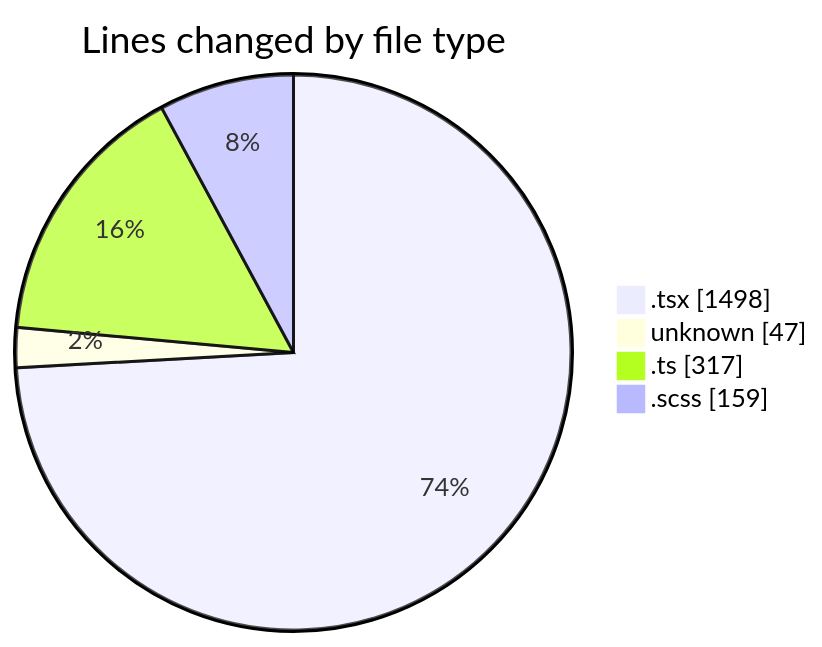
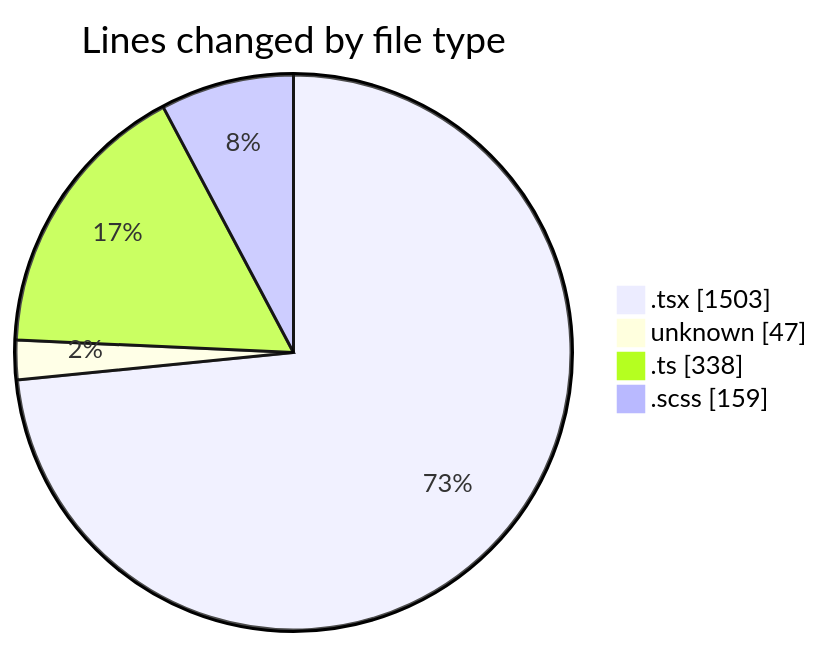
Before and after one commit to momahboobian/code-tracking: the first of 2 diagrams in 2025-09-18/cda/README.md, drawn with Mermaid. The commit also changed other lines of this file and 1 other file, not shown here.

````diff
--- a/2025-09-18/cda/README.md
+++ b/2025-09-18/cda/README.md
@@ -25,8 +25,8 @@
 ```mermaid
 pie showData
 title Lines changed by file type
-".tsx" : 1498
+".tsx" : 1503
 "unknown" : 47
-".ts" : 317
+".ts" : 338
 ".scss" : 159
 ```
````
